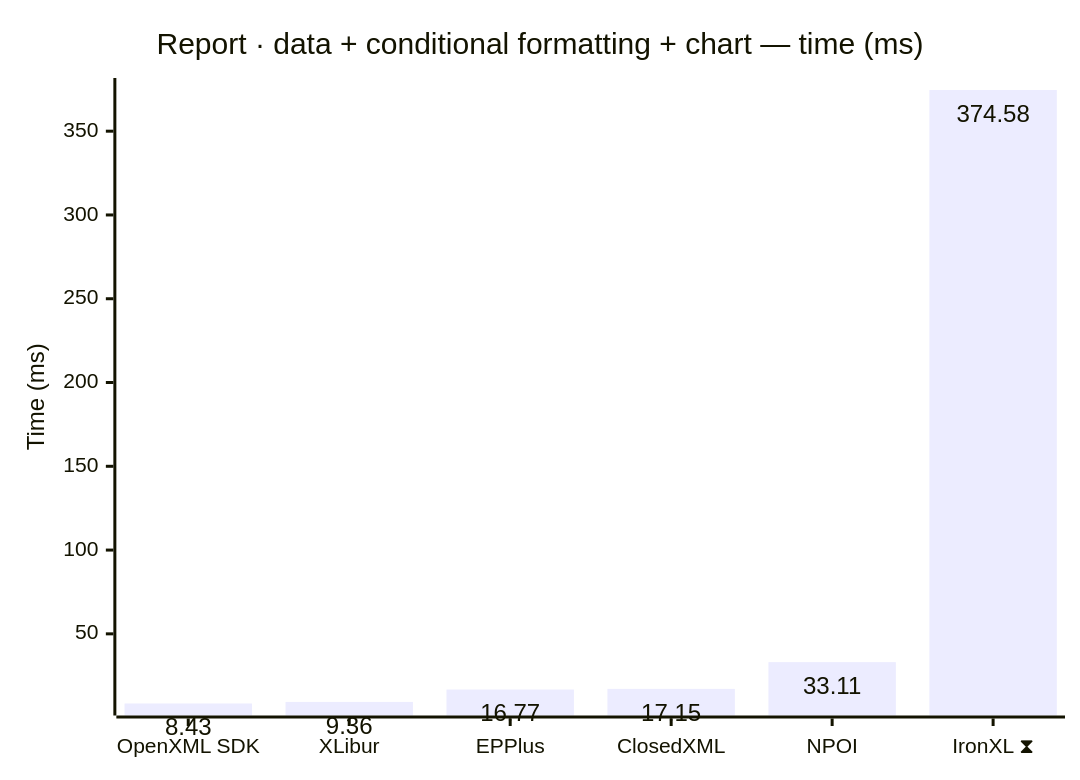
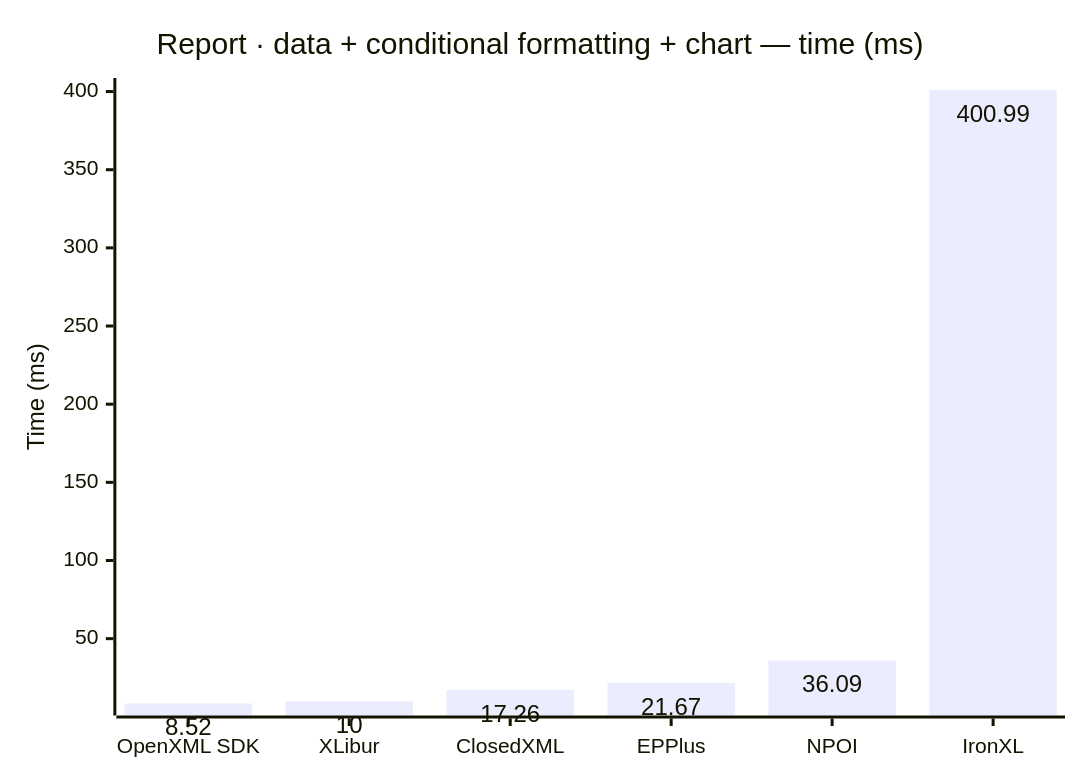
One commit to jafin/XLBench changed the seventh of 12 diagrams in docs/results.md. Above: the diagram before and after it, drawn with Mermaid. The commit also changed other lines of this file and 2 other files, not shown here.

````diff
--- a/docs/results.md
+++ b/docs/results.md
@@ -117,12 +113,12 @@
 ```mermaid
 ---
 config:
   xyChart:
     showDataLabel: true
 ---
 xychart-beta
     title "Report · data + conditional formatting + chart — time (ms)"
-    x-axis ["OpenXML SDK", "XLibur", "EPPlus", "ClosedXML", "NPOI", "IronXL ⧗"]
+    x-axis ["OpenXML SDK", "XLibur", "ClosedXML", "EPPlus", "NPOI", "IronXL"]
     y-axis "Time (ms)"
-    bar [8.43, 9.36, 16.77, 17.15, 33.11, 374.58]
+    bar [8.52, 10, 17.26, 21.67, 36.09, 400.99]
 ```
````
